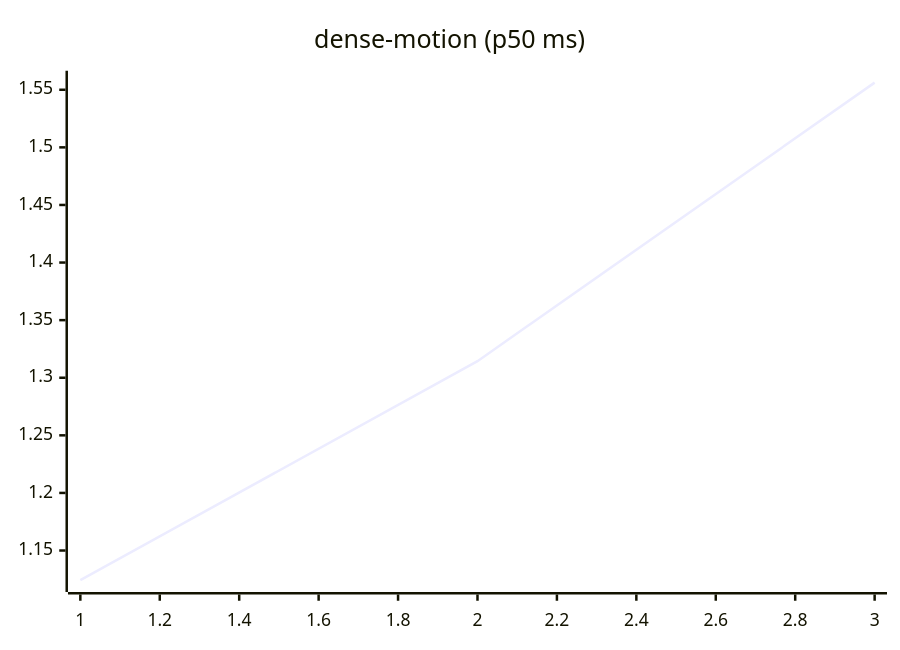
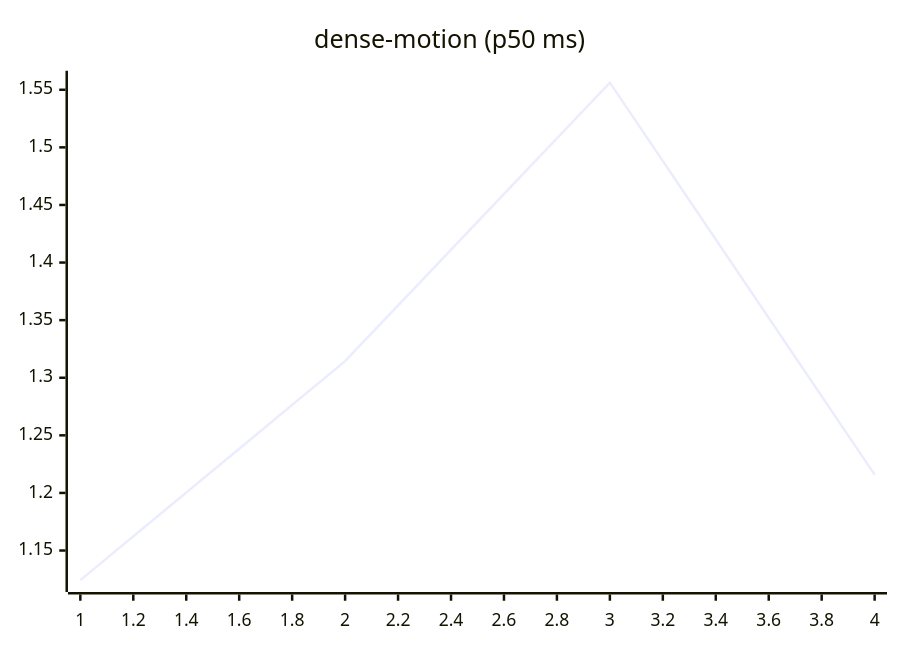
The ninth of 27 diagrams in README.md (josha/Facet), drawn with Mermaid before and after one commit. The commit also changed other lines of this file and 2 other files, not shown here.

````diff
--- a/README.md
+++ b/README.md
@@ -119,6 +119,6 @@
 ```mermaid
 xychart-beta
     title "dense-motion (p50 ms)"
-    x-axis 1 --> 3
-    line [1.1243, 1.3144, 1.5562]
+    x-axis 1 --> 4
+    line [1.1243, 1.3144, 1.5562, 1.2159]
 ```
````
